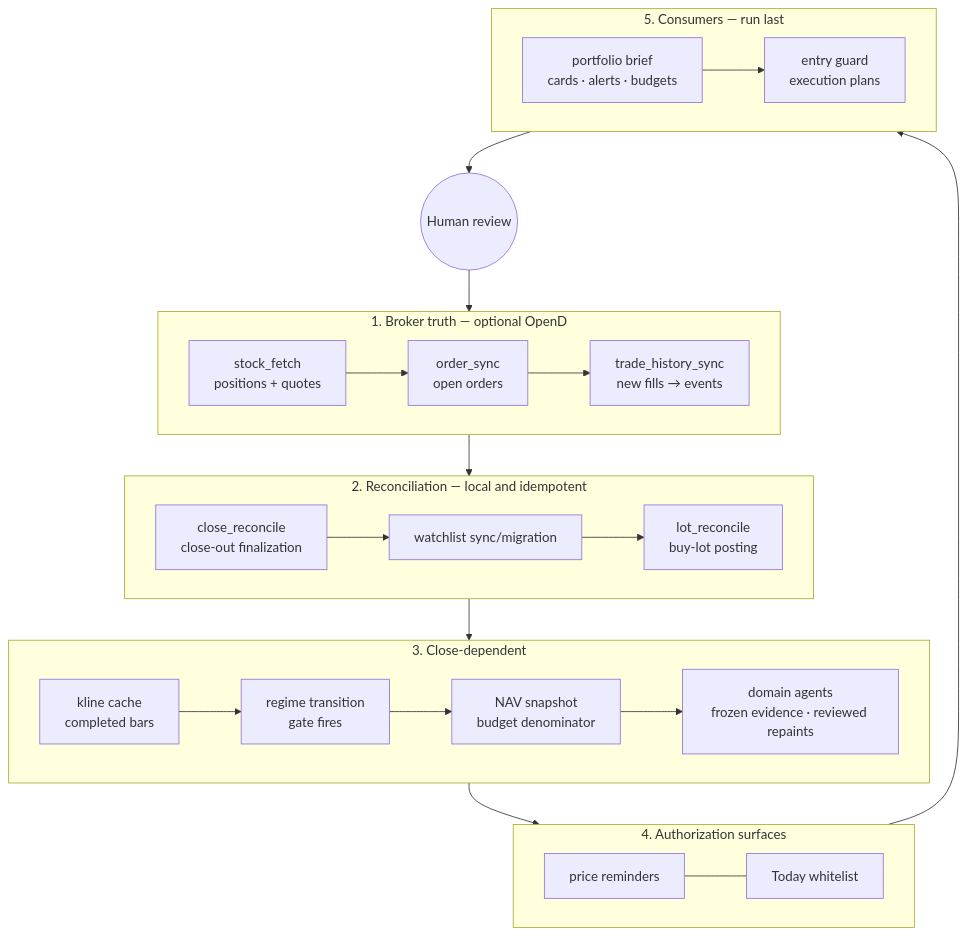
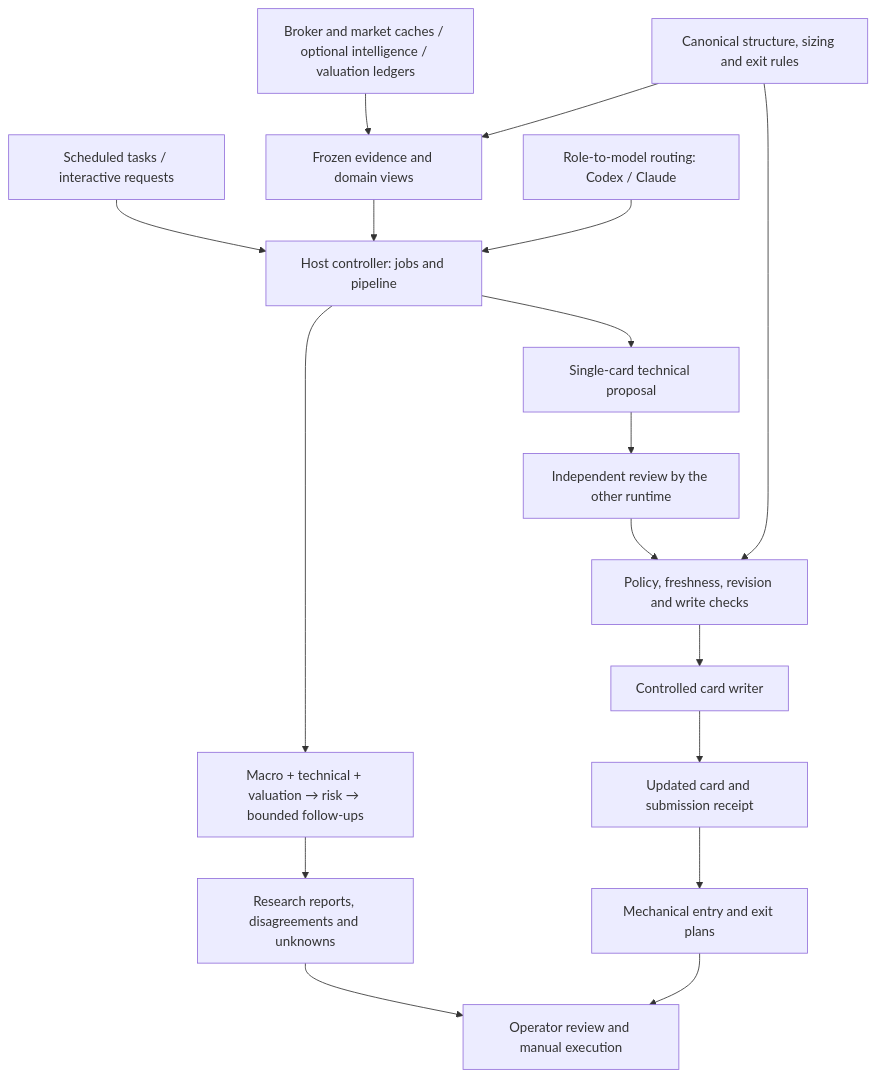
Before and after one commit to Coreychen4444/coreytrading: the diagram in README.md, drawn with Mermaid. The commit also changed other lines of this file and 6 other files, not shown here.

````diff
--- a/README.md
+++ b/README.md
@@ -403,25 +13,19 @@
 ```mermaid
 flowchart TD
-    subgraph S1["1. Broker truth — optional OpenD"]
-        direction LR
-        P1["stock_fetch<br/>positions + quotes"] --> P2["order_sync<br/>open orders"] --> P3["trade_history_sync<br/>new fills → events"]
-    end
-    subgraph S2["2. Reconciliation — local and idempotent"]
-        direction LR
-        P4["close_reconcile<br/>close-out finalization"] --> P5["watchlist sync/migration"] --> P6["lot_reconcile<br/>buy-lot posting"]
-    end
-    subgraph S3["3. Close-dependent"]
-        direction LR
-        P7["kline cache<br/>completed bars"] --> P8["regime transition<br/>gate fires"] --> P9["NAV snapshot<br/>budget denominator"] --> P9b["domain agents<br/>frozen evidence · reviewed repaints"]
-    end
-    subgraph S4["4. Authorization surfaces"]
-        direction LR
-        P10["price reminders"] --- P11["Today whitelist"]
-    end
-    subgraph S5["5. Consumers — run last"]
-        direction LR
-        P12["portfolio brief<br/>cards · alerts · budgets"] --> P13["entry guard<br/>execution plans"]
-    end
-    S1 --> S2 --> S3 --> S4 --> S5
-    S5 --> H(("Human review")) --> S1
+    Trigger["Scheduled tasks / interactive requests"] --> Jobs["Host controller: jobs and pipeline"]
+    Sources["Broker and market caches / optional intelligence / valuation ledgers"] --> Inputs["Frozen evidence and domain views"]
+    Rules["Canonical structure, sizing and exit rules"] --> Inputs
+    Inputs --> Jobs
+    Routes["Role-to-model routing: Codex / Claude"] --> Jobs
+    Jobs --> Workflow["Macro + technical + valuation → risk → bounded follow-ups"]
+    Workflow --> Reports["Research reports, disagreements and unknowns"]
+    Jobs --> Card["Single-card technical proposal"]
+    Card --> Review["Independent review by the other runtime"]
+    Review --> Submit["Policy, freshness, revision and write checks"]
+    Rules --> Submit
+    Submit --> Writer["Controlled card writer"]
+    Writer --> State["Updated card and submission receipt"]
+    State --> Plan["Mechanical entry and exit plans"]
+    Reports --> Human["Operator review and manual execution"]
+    Plan --> Human
 ```
````
